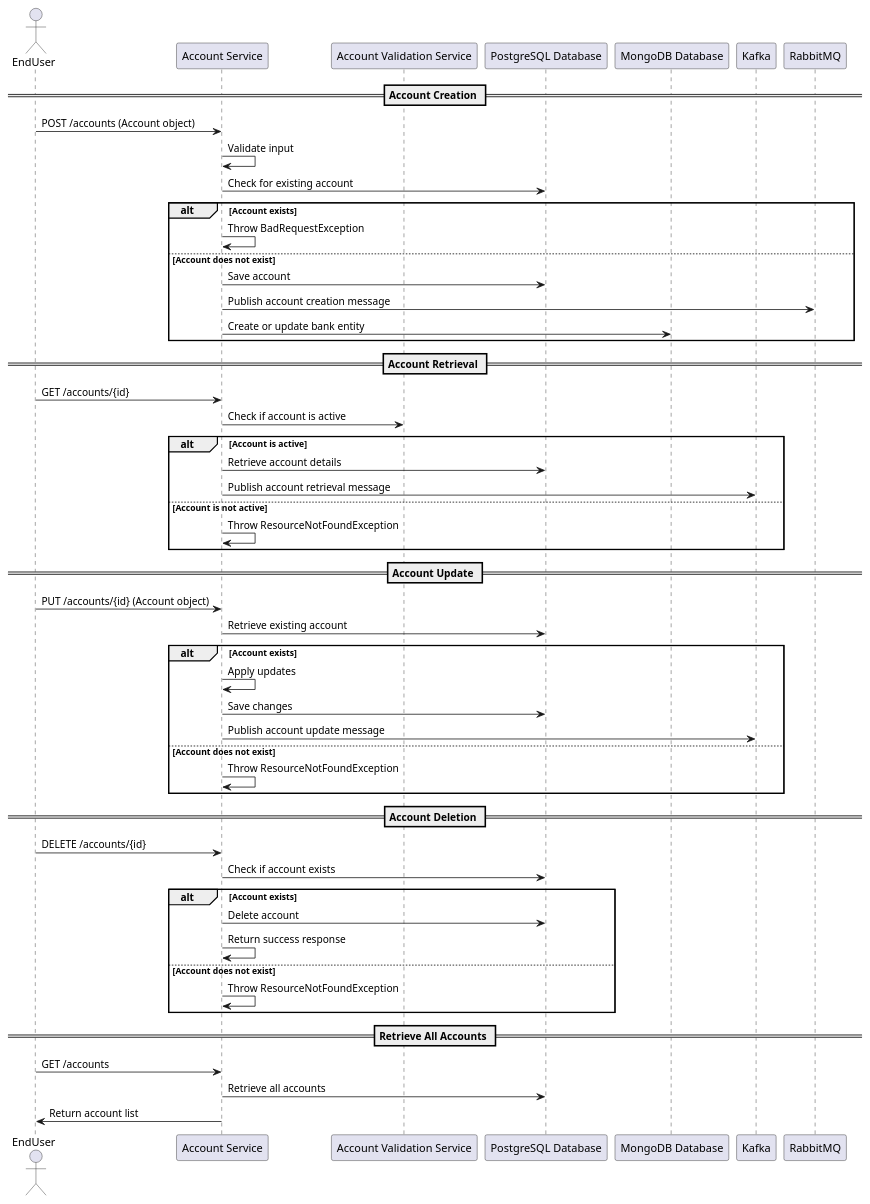
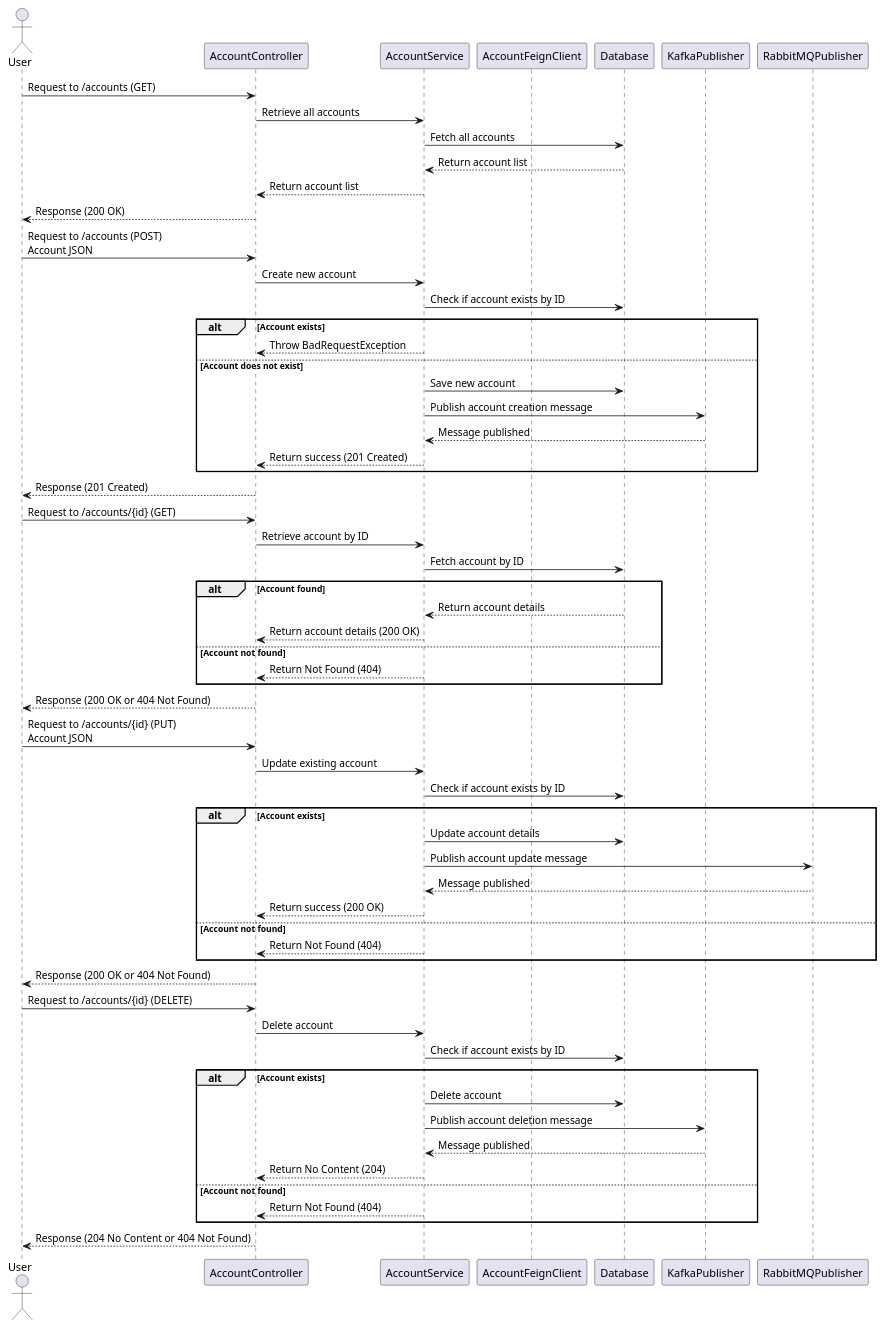
One commit to Bhaskar-Pavan/AccountService changed the diagram in GeneratedDesignDocument/AccountService_25.md. Above: the diagram before and after it, drawn with PlantUML. The commit also changed other lines of this file, not shown here.

````diff
--- a/GeneratedDesignDocument/AccountService_25.md
+++ b/GeneratedDesignDocument/AccountService_25.md
@@ -49,60 +38,69 @@
 ```plantuml
 @startuml
-actor EndUser as User
-participant "Account Service" as Service
-participant "Account Validation Service" as ValidationService
-participant "PostgreSQL Database" as PostgreSQL
-participant "MongoDB Database" as MongoDB
-participant "Kafka" as Kafka
-participant "RabbitMQ" as RabbitMQ
+actor User
+participant "AccountController" as Controller
+participant "AccountService" as Service
+participant "AccountFeignClient" as FeignClient
+participant "Database" as DB
+participant "KafkaPublisher" as Kafka
+participant "RabbitMQPublisher" as RabbitMQ
 
-== Account Creation ==
-User -> Service: POST /accounts (Account object)
-Service -> Service: Validate input
-Service -> PostgreSQL: Check for existing account
+User -> Controller : Request to /accounts (GET)
+Controller -> Service : Retrieve all accounts
+Service -> DB : Fetch all accounts
+DB --> Service : Return account list
+Service --> Controller : Return account list
+Controller --> User : Response (200 OK)
+
+User -> Controller : Request to /accounts (POST)\nAccount JSON
+Controller -> Service : Create new account
+Service -> DB : Check if account exists by ID
 alt Account exists
-    Service -> Service: Throw BadRequestException
+    Service --> Controller : Throw BadRequestException
 else Account does not exist
-    Service -> PostgreSQL: Save account
-    Service -> RabbitMQ: Publish account creation message
-    Service -> MongoDB: Create or update bank entity
+    Service -> DB : Save new account
+    Service -> Kafka : Publish account creation message
+    Kafka --> Service : Message published
+    Service --> Controller : Return success (201 Created)
 end
+Controller --> User : Response (201 Created)
 
-== Account Retrieval ==
-User -> Service: GET /accounts/{id}
-Service -> ValidationService: Check if account is active
-alt Account is active
-    Service -> PostgreSQL: Retrieve account details
-    Service -> Kafka: Publish account retrieval message
-else Account is not active
-    Service -> Service: Throw ResourceNotFoundException
+User -> Controller : Request to /accounts/{id} (GET)
+Controller -> Service : Retrieve account by ID
+Service -> DB : Fetch account by ID
+alt Account found
+    DB --> Service : Return account details
+    Service --> Controller : Return account details (200 OK)
+else Account not found
+    Service --> Controller : Return Not Found (404)
 end
+Controller --> User : Response (200 OK or 404 Not Found)
 
-== Account Update ==
-User -> Service: PUT /accounts/{id} (Account object)
-Service -> PostgreSQL: Retrieve existing account
+User -> Controller : Request to /accounts/{id} (PUT)\nAccount JSON
+Controller -> Service : Update existing account
+Service -> DB : Check if account exists by ID
 alt Account exists
-    Service -> Service: Apply updates
-    Service -> PostgreSQL: Save changes
-    Service -> Kafka: Publish account update message
-else Account does not exist
-    Service -> Service: Throw ResourceNotFoundException
+    Service -> DB : Update account details
+    Service -> RabbitMQ : Publish account update message
+    RabbitMQ --> Service : Message published
+    Service --> Controller : Return success (200 OK)
+else Account not found
+    Service --> Controller : Return Not Found (404)
 end
+Controller --> User : Response (200 OK or 404 Not Found)
 
-== Account Deletion ==
-User -> Service: DELETE /accounts/{id}
-Service -> PostgreSQL: Check if account exists
+User -> Controller : Request to /accounts/{id} (DELETE)
+Controller -> Service : Delete account
+Service -> DB : Check if account exists by ID
 alt Account exists
-    Service -> PostgreSQL: Delete account
-    Service -> Service: Return success response
-else Account does not exist
-    Service -> Service: Throw ResourceNotFoundException
+    Service -> DB : Delete account
+    Service -> Kafka : Publish account deletion message
+    Kafka --> Service : Message published
+    Service --> Controller : Return No Content (204)
+else Account not found
+    Service --> Controller : Return Not Found (404)
 end
-
-== Retrieve All Accounts ==
-User -> Service: GET /accounts
-Service -> PostgreSQL: Retrieve all accounts
-Service -> User: Return account list
+Controller --> User : Response (204 No Content or 404 Not Found)
 
 @enduml
 ```
````
